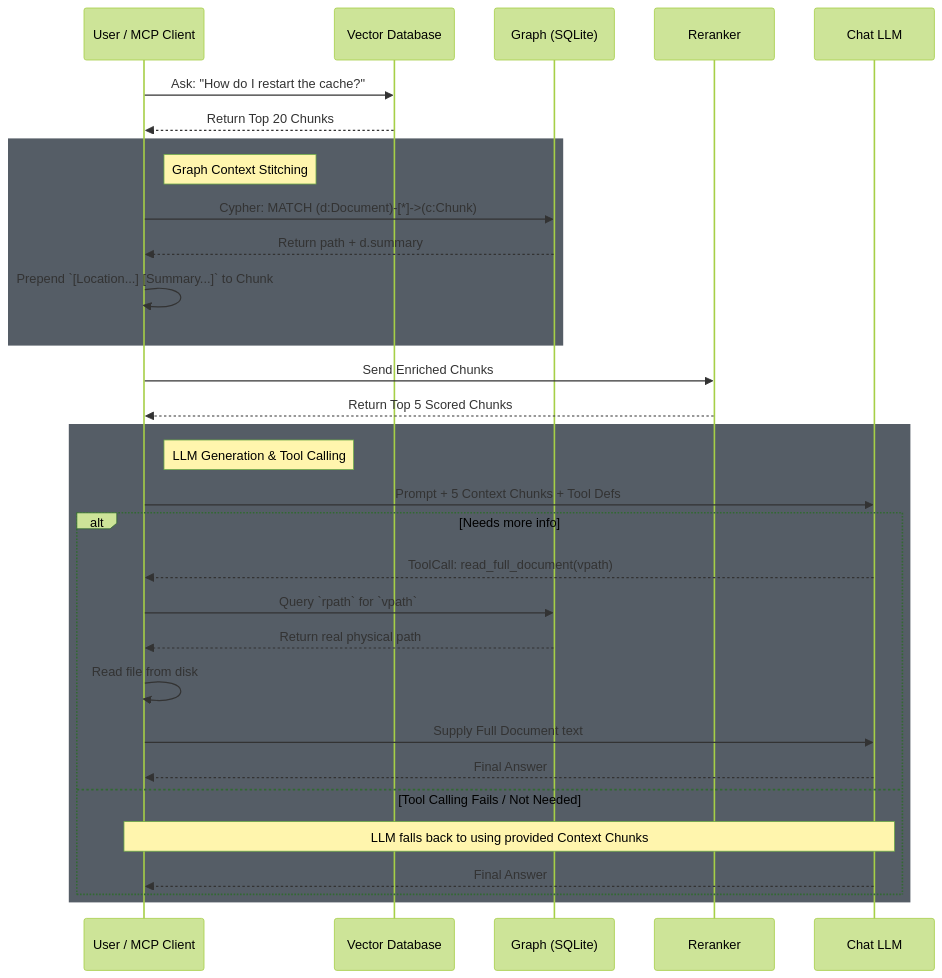
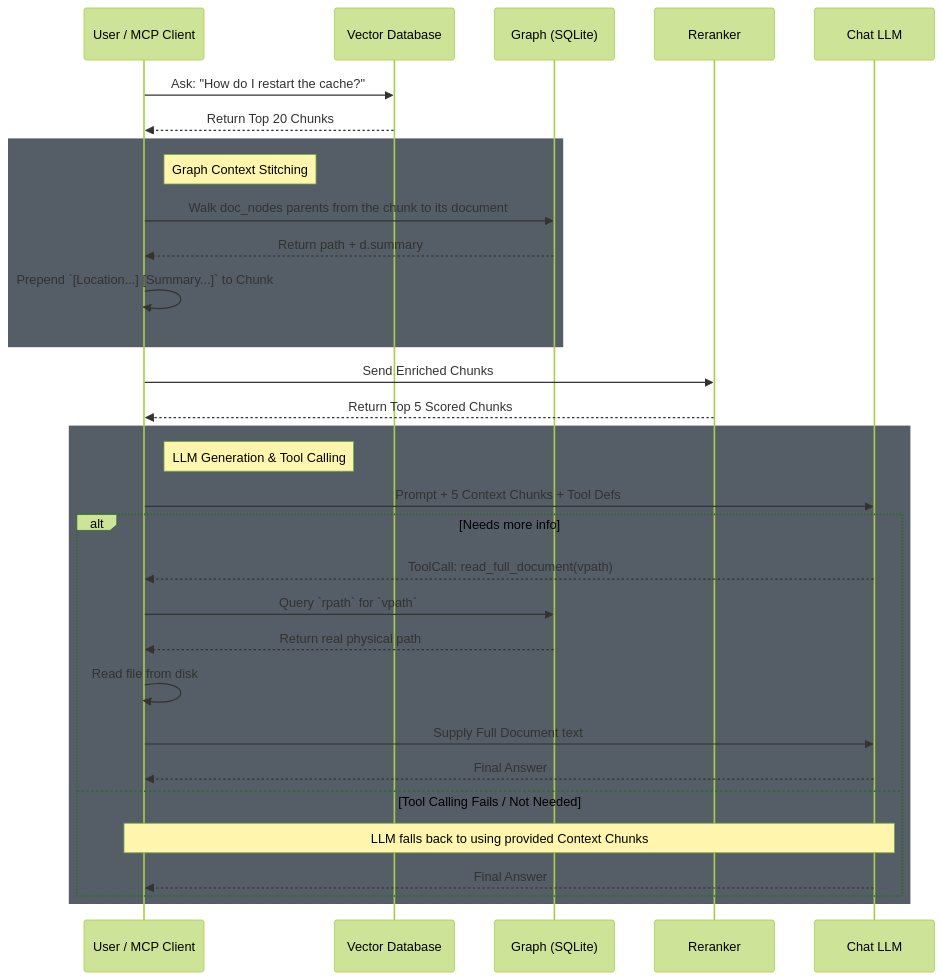
One commit to tevfik/gleann changed the diagram in docs/hierarchical_graphrag.md. Above: the diagram before and after it, drawn with Mermaid (forest theme). The commit also changed other lines of this file and 30 other files, not shown here.

````diff
--- a/docs/hierarchical_graphrag.md
+++ b/docs/hierarchical_graphrag.md
@@ -71,37 +70,37 @@
 ```mermaid
 sequenceDiagram
     participant U as User / MCP Client
     participant V as Vector Database
     participant G as Graph (SQLite)
     participant R as Reranker
     participant L as Chat LLM
 
     U->>V: Ask: "How do I restart the cache?"
     V-->>U: Return Top 20 Chunks
     
     rect rgb(85, 93, 102)
         note right of U: Graph Context Stitching
-        U->>G: Cypher: MATCH (d:Document)-[*]->(c:Chunk)
+        U->>G: Walk doc_nodes parents from the chunk to its document
         G-->>U: Return path + d.summary
         U->>U: Prepend `[Location...] [Summary...]` to Chunk
     end
     
     U->>R: Send Enriched Chunks
     R-->>U: Return Top 5 Scored Chunks
     
     rect rgb(85, 93, 102)
         note right of U: LLM Generation & Tool Calling
         U->>L: Prompt + 5 Context Chunks + Tool Defs
         alt Needs more info
             L-->>U: ToolCall: read_full_document(vpath)
             U->>G: Query `rpath` for `vpath`
             G-->>U: Return real physical path
             U->>U: Read file from disk
             U->>L: Supply Full Document text
             L-->>U: Final Answer
         else Tool Calling Fails / Not Needed
             note over L,U: LLM falls back to using provided Context Chunks
             L-->>U: Final Answer
         end
     end
 ```
````
